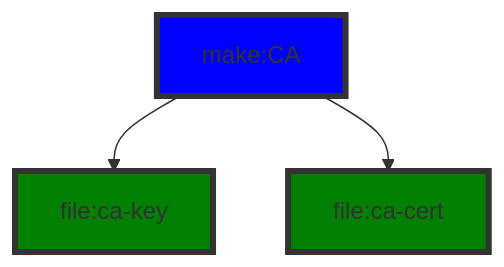
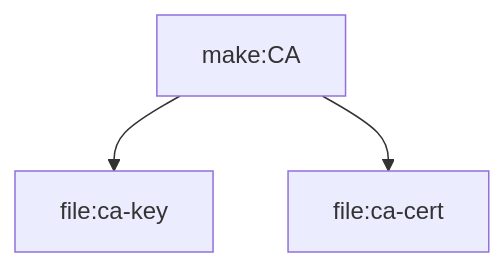
One commit to decodableco/examples changed the first of 4 diagrams in mtls/README.md. Above: the diagram before and after it, drawn with Mermaid. The commit also changed other lines of this file, not shown here.

````diff
--- a/mtls/README.md
+++ b/mtls/README.md
@@ -9,9 +9,7 @@
 ```mermaid
 flowchart TD;
-classDef make fill:blue,stroke:#333,stroke-width:4px,text:white
-classDef file fill:green,stroke:#333,stroke-width:4px,text:white
 
     make:CA:::make-->file:ca-key:::file
     make:CA-->file:ca-cert:::file
 
 ```
````
